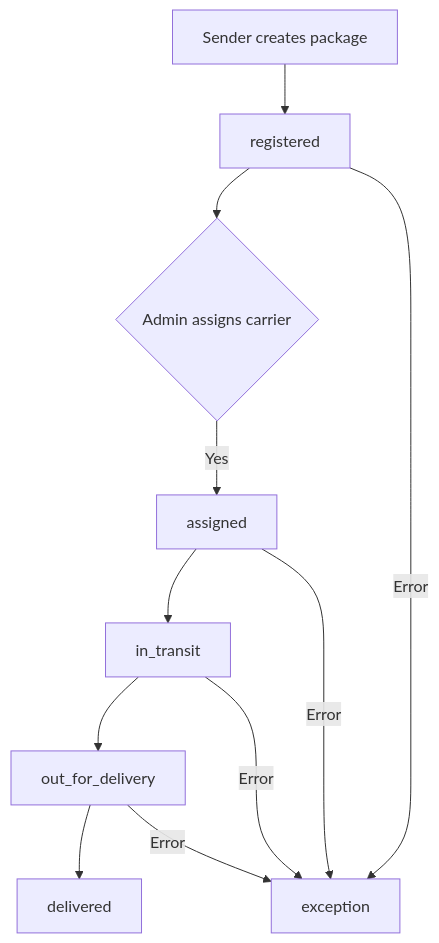
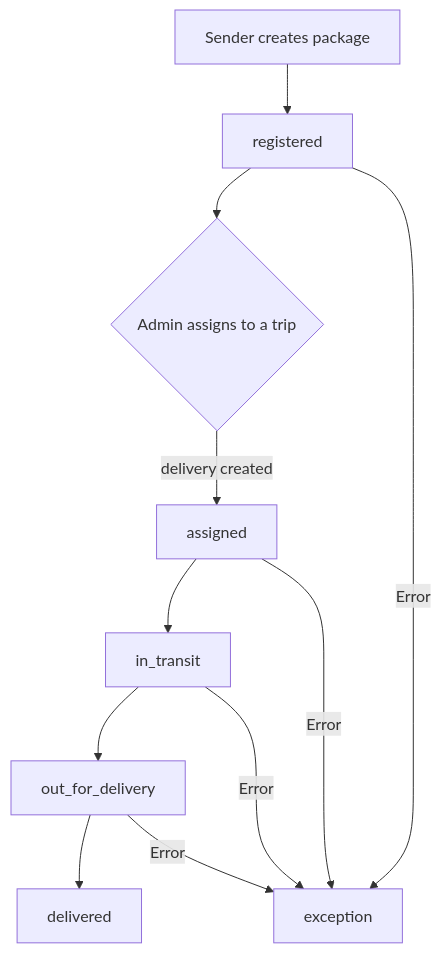
The first of 5 diagrams in README.md (Malmo-3/packetFlow), drawn with Mermaid before and after one commit. The commit also changed other lines of this file and 47 other files, not shown here.

````diff
--- a/README.md
+++ b/README.md
@@ -23,22 +39,13 @@
 ```mermaid
 flowchart TD
-  A[Sender creates package]
-  B[registered]
-  C{Admin assigns carrier}
-  D[assigned]
-  E[in_transit]
-  F[out_for_delivery]
-  G[delivered]
-  K[exception]
-
-  A --> B
-  B --> C
-  C -->|Yes| D
-  D --> E
-  E --> F
-  F --> G
-  B -->|Error| K
+  A[Sender creates package] --> B[registered]
+  B --> C{Admin assigns to a trip}
+  C -->|delivery created| D[assigned]
+  D --> E[in_transit]
+  E --> F[out_for_delivery]
+  F --> G[delivered]
+  B -->|Error| K[exception]
   D -->|Error| K
   E -->|Error| K
   F -->|Error| K
 ```
````
